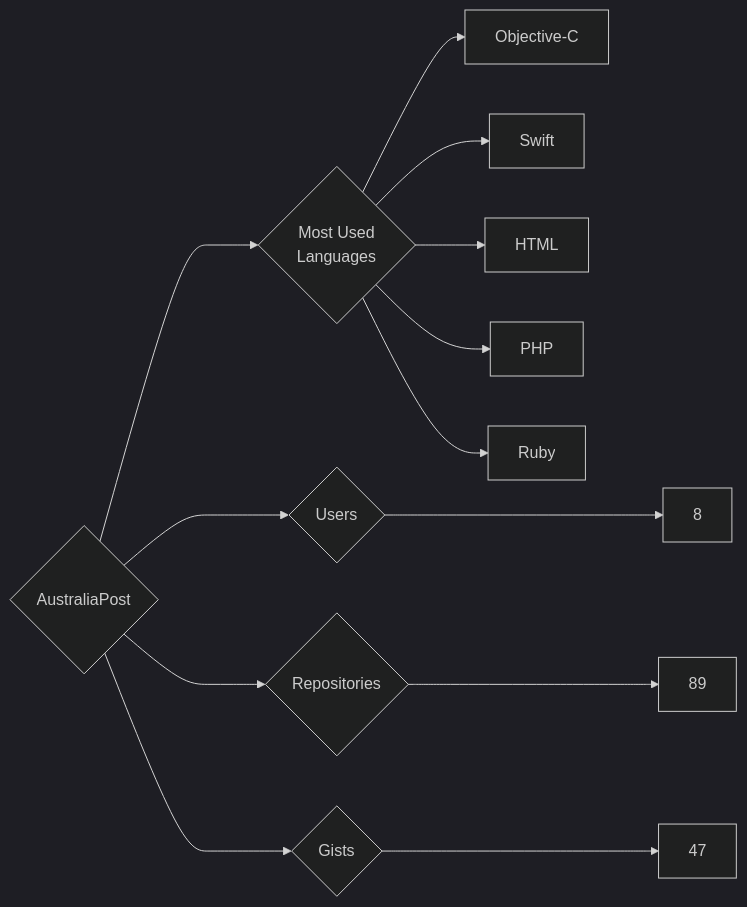
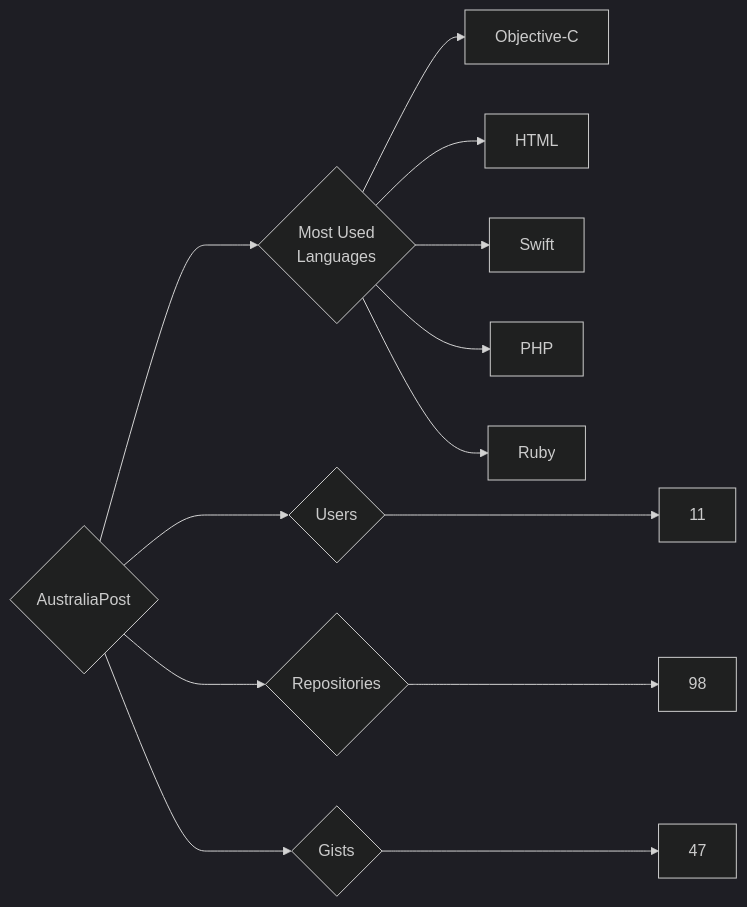
Before and after one commit to trickest/insiders: the diagram in targets/AustraliaPost/README.md, drawn with Mermaid (dark theme). The commit also changed 1195 other files, not shown here.

````diff
--- a/targets/AustraliaPost/README.md
+++ b/targets/AustraliaPost/README.md
@@ -3,13 +3,13 @@
 ```mermaid
 graph LR
 COMPANY_NAME{AustraliaPost}
-COMPANY_NAME ---> U{Users} ---> UN[8]
-COMPANY_NAME ---> R{Repositories} ---> RN[89]
+COMPANY_NAME ---> U{Users} ---> UN[11]
+COMPANY_NAME ---> R{Repositories} ---> RN[98]
 COMPANY_NAME ---> G{Gists} ---> GN[47]
 COMPANY_NAME ---> ML{Most Used<br>Languages}
 ML --> Objective-C[Objective-C]
+ML --> HTML[HTML]
 ML --> Swift[Swift]
-ML --> HTML[HTML]
 ML --> PHP[PHP]
 ML --> Ruby[Ruby]
 ```
````
